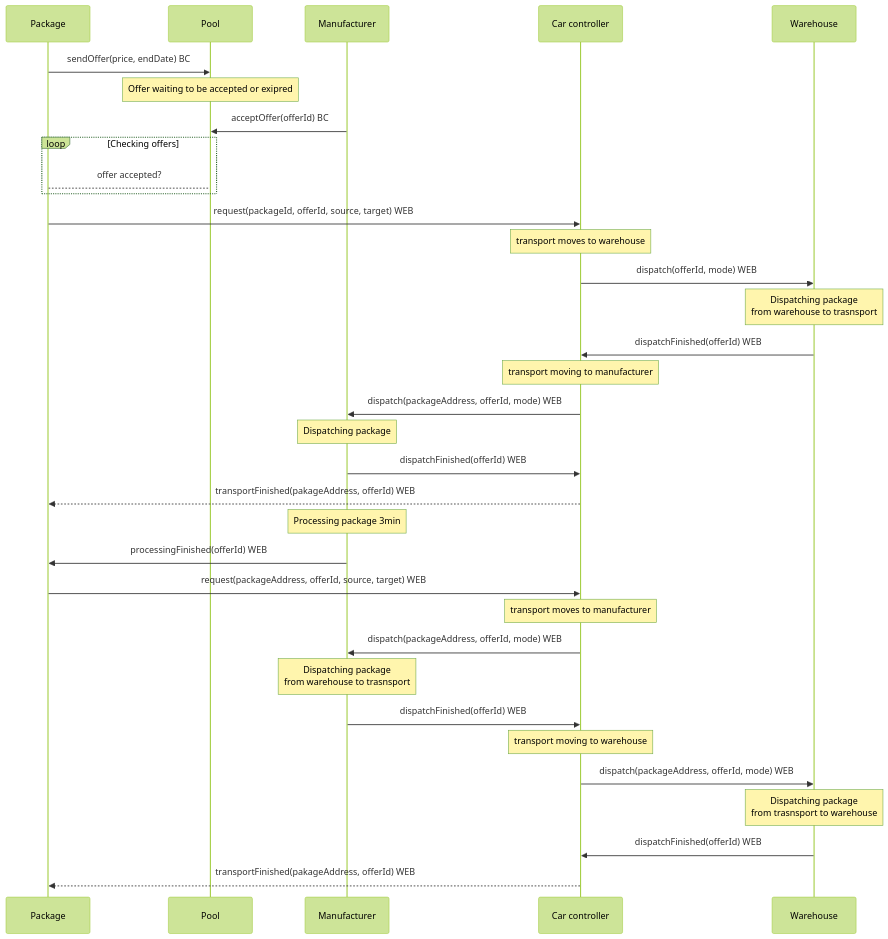
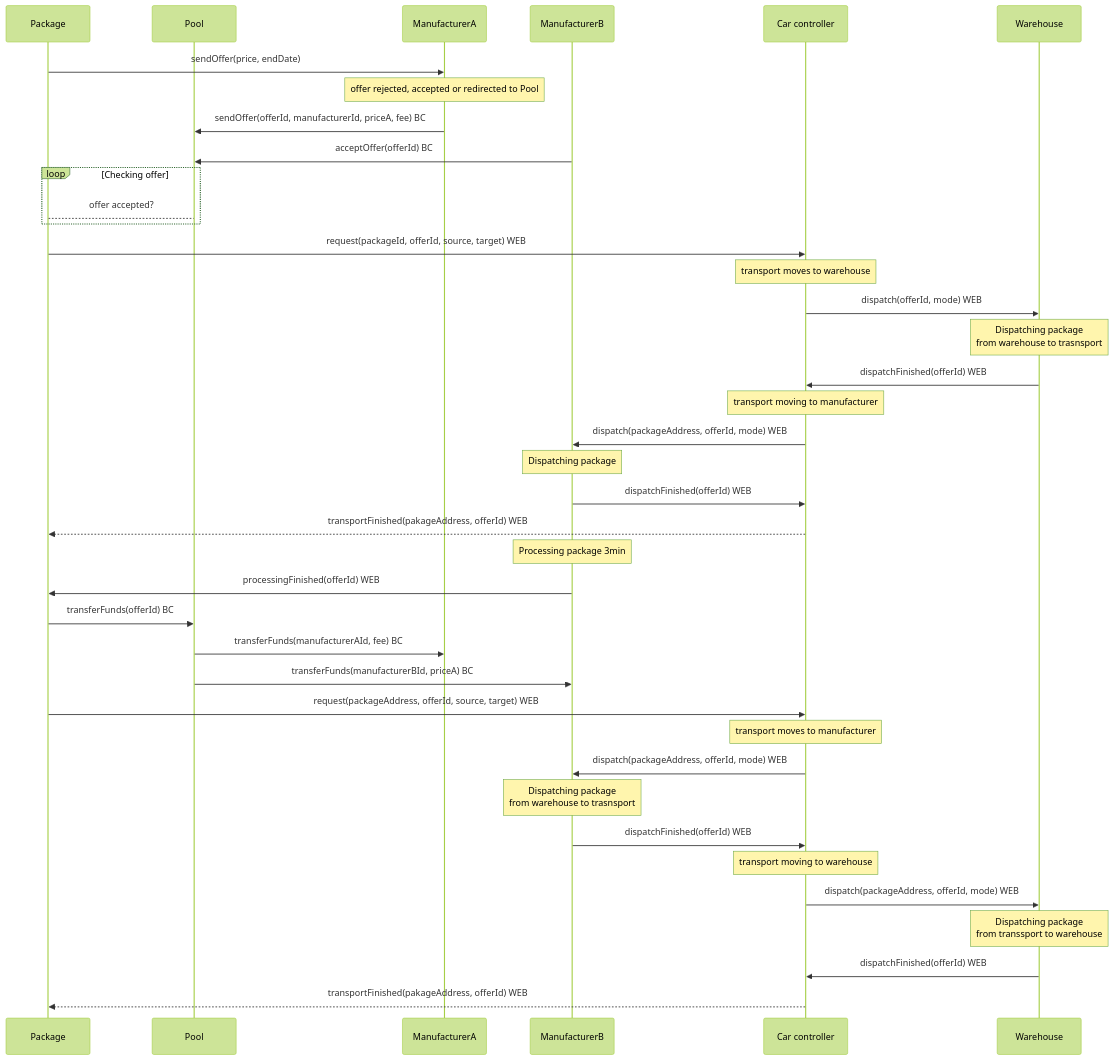
Before and after one commit to fsprojekti/shr-mfg-platform: the second of 2 diagrams in README.md, drawn with Mermaid (forest theme).

````diff
--- a/README.md
+++ b/README.md
@@ -61,42 +61,50 @@
 ```mermaid
 
 sequenceDiagram
 participant A as Package
 participant B as Pool
-participant C as Manufacturer
+participant C as ManufacturerA
+participant CC as ManufacturerB
 participant D as Car controller
 participant E as Warehouse
-A->>B: sendOffer(price, endDate) BC
-note over B: Offer waiting to be accepted or exipred
-C->>B: acceptOffer(offerId) BC
-loop Checking offers
+A->>C: sendOffer(price, endDate)
+note over C: offer rejected, accepted or redirected to Pool
+C->>B: sendOffer(offerId, manufacturerId, priceA, fee) BC
+
+CC->>B: acceptOffer(offerId) BC
+loop Checking offer
     A-->B: offer accepted?
 end
 A->>D: request(packageId, offerId, source, target) WEB
 note over D: transport moves to warehouse
 D->>E:dispatch(offerId, mode) WEB
 note over E: Dispatching package <br>from warehouse to trasnsport
 E->>D: dispatchFinished(offerId) WEB
 note over D: transport moving to manufacturer
 
-D->>C:dispatch(packageAddress, offerId, mode) WEB
-note over C: Dispatching package
-C->>D: dispatchFinished(offerId) WEB
+D->>CC:dispatch(packageAddress, offerId, mode) WEB
+note over CC: Dispatching package
+CC->>D: dispatchFinished(offerId) WEB
 D-->>A: transportFinished(pakageAddress, offerId) WEB
-note over C: Processing package 3min
-C->>A: processingFinished(offerId) WEB
+note over CC: Processing package 3min
+CC->>A: processingFinished(offerId) WEB
+
+A->>B: transferFunds(offerId) BC
+B->>C: transferFunds(manufacturerAId, fee) BC
+B->>CC: transferFunds(manufacturerBId, priceA) BC
+
 A->>D: request(packageAddress, offerId, source, target) WEB
 note over D: transport moves to manufacturer
 
-D->>C:dispatch(packageAddress, offerId, mode) WEB
-note over C: Dispatching package <br>from warehouse to trasnsport
-C->>D: dispatchFinished(offerId) WEB
+D->>CC:dispatch(packageAddress, offerId, mode) WEB
+note over CC: Dispatching package <br>from warehouse to trasnsport
+CC->>D: dispatchFinished(offerId) WEB
 note over D: transport moving to warehouse
 
 D->>E:dispatch(packageAddress, offerId, mode) WEB
-note over E: Dispatching package <br>from trasnsport to warehouse
+note over E: Dispatching package <br>from transsport to warehouse
 E->>D: dispatchFinished(offerId) WEB
 
 D-->>A: transportFinished(pakageAddress, offerId) WEB
 
 ```
````
